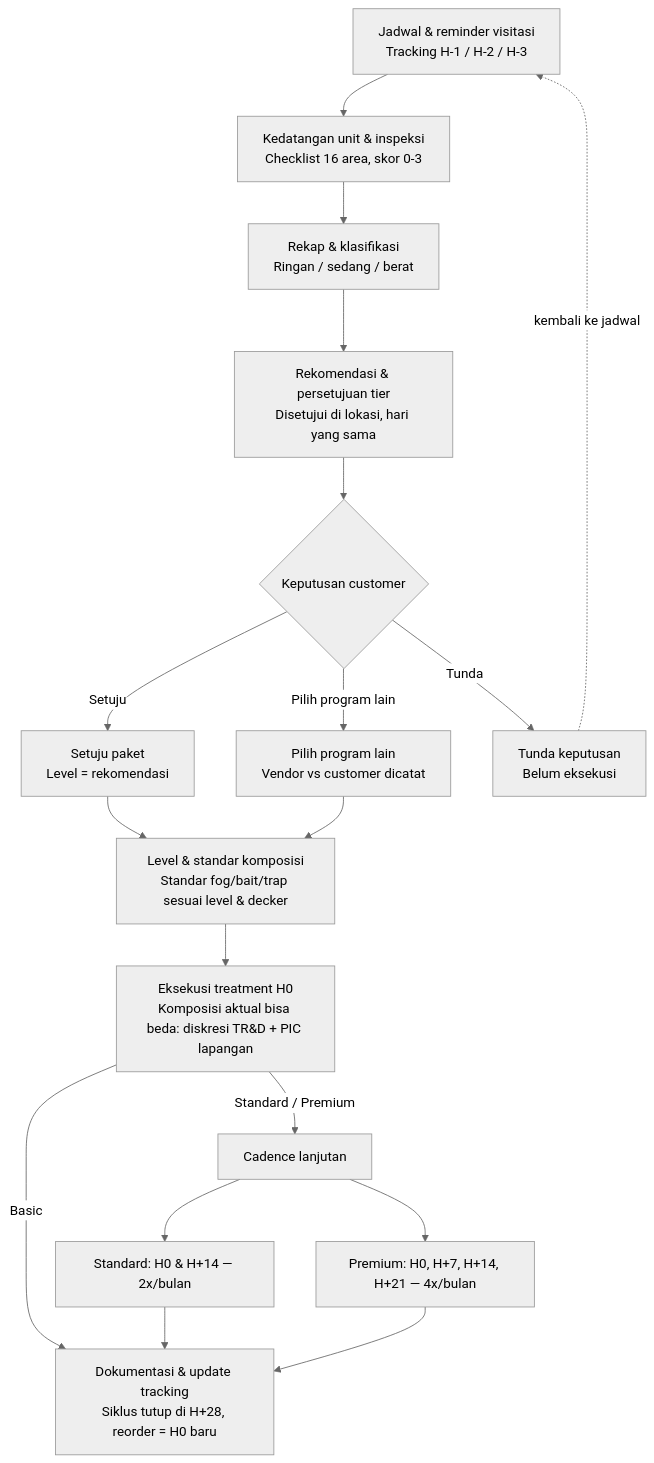
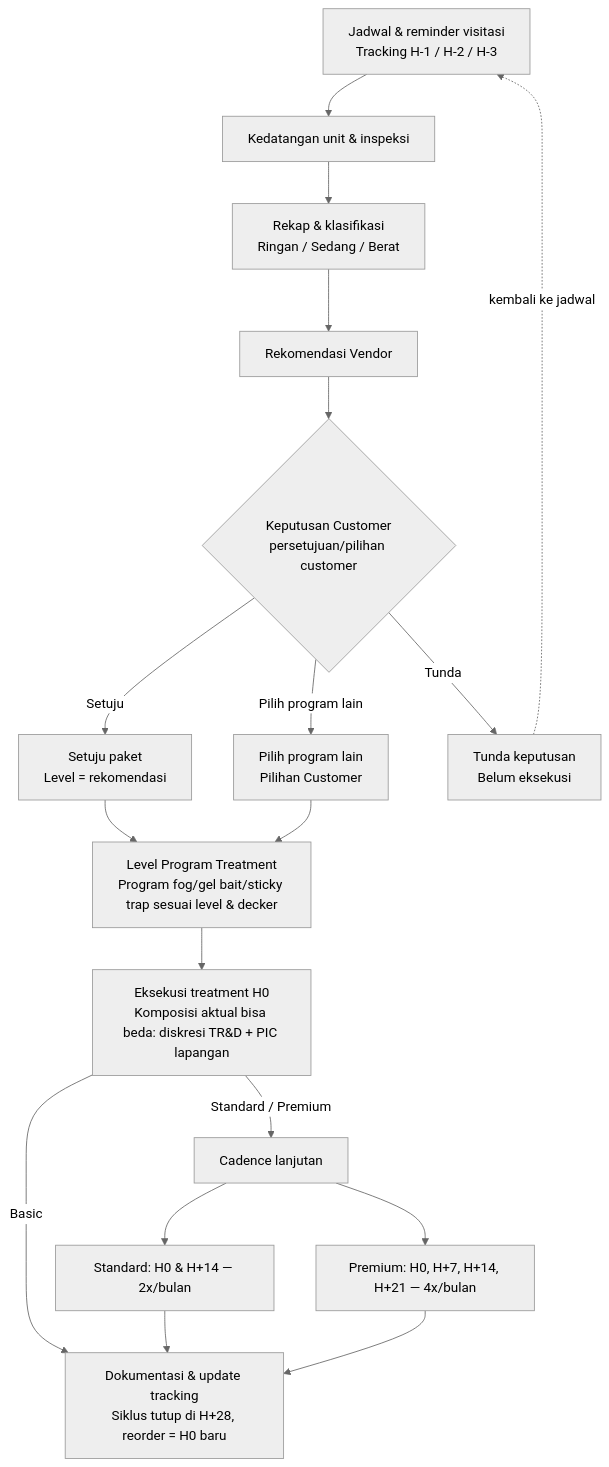
Before and after one commit to Vanialive/WorkflowBugHunter: the first of 2 diagrams in README.md, drawn with Mermaid (neutral theme).

````diff
--- a/README.md
+++ b/README.md
@@ -8,20 +8,20 @@
 ```mermaid
 flowchart TD
-    A["Jadwal & reminder visitasi<br/>Tracking H-1 / H-2 / H-3"] --> B["Kedatangan unit & inspeksi<br/>Checklist 16 area, skor 0-3"]
-    B --> C["Rekap & klasifikasi<br/>Ringan / sedang / berat"]
-    C --> D["Rekomendasi & persetujuan tier<br/>Disetujui di lokasi, hari yang sama"]
-    D --> E{"Keputusan customer"}
+    A["Jadwal & reminder visitasi<br/>Tracking H-1 / H-2 / H-3"] --> B["Kedatangan unit & inspeksi"]
+    B --> C["Rekap & klasifikasi<br/>Ringan / Sedang / Berat"]
+    C --> D["Rekomendasi Vendor"]
+    D --> E{"Keputusan Customer<br>persetujuan/pilihan customer"}
     E -->|Setuju| F["Setuju paket<br/>Level = rekomendasi"]
-    E -->|Pilih program lain| G["Pilih program lain<br/>Vendor vs customer dicatat"]
+    E -->|Pilih program lain| G["Pilih program lain<br/>Pilihan Customer"]
     E -->|Tunda| H["Tunda keputusan<br/>Belum eksekusi"]
     H -.kembali ke jadwal.-> A
-    F --> I["Level & standar komposisi<br/>Standar fog/bait/trap sesuai level & decker"]
+    F --> I["Level Program Treatment<br/>Program fog/gel bait/sticky trap sesuai level & decker"]
     G --> I
     I --> J["Eksekusi treatment H0<br/>Komposisi aktual bisa beda: diskresi TR&D + PIC lapangan"]
     J -->|Basic| M["Dokumentasi & update tracking<br/>Siklus tutup di H+28, reorder = H0 baru"]
     J -->|Standard / Premium| K["Cadence lanjutan"]
     K --> K1["Standard: H0 & H+14 — 2x/bulan"]
     K --> K2["Premium: H0, H+7, H+14, H+21 — 4x/bulan"]
     K1 --> M
     K2 --> M
 ```
````
